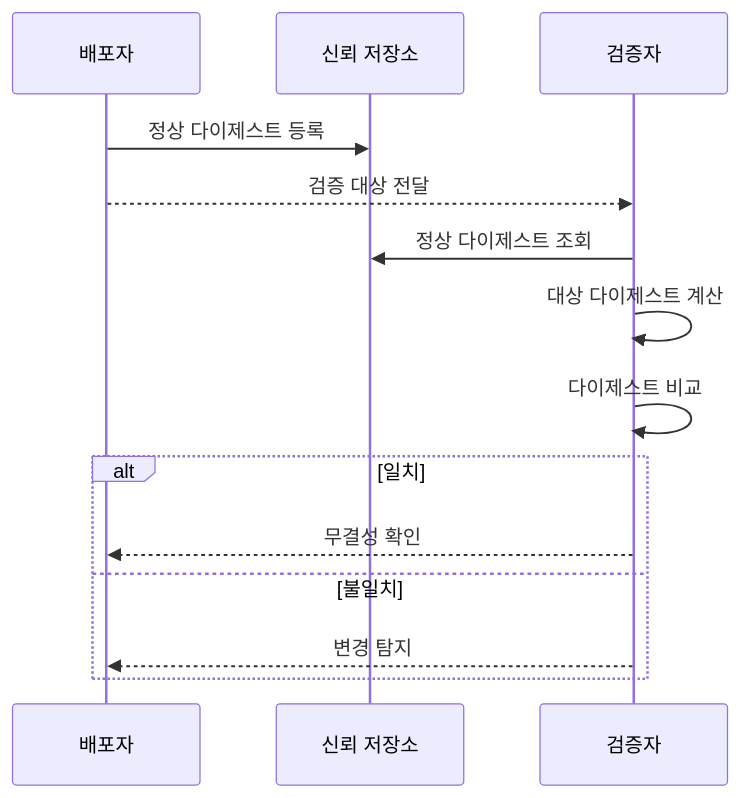
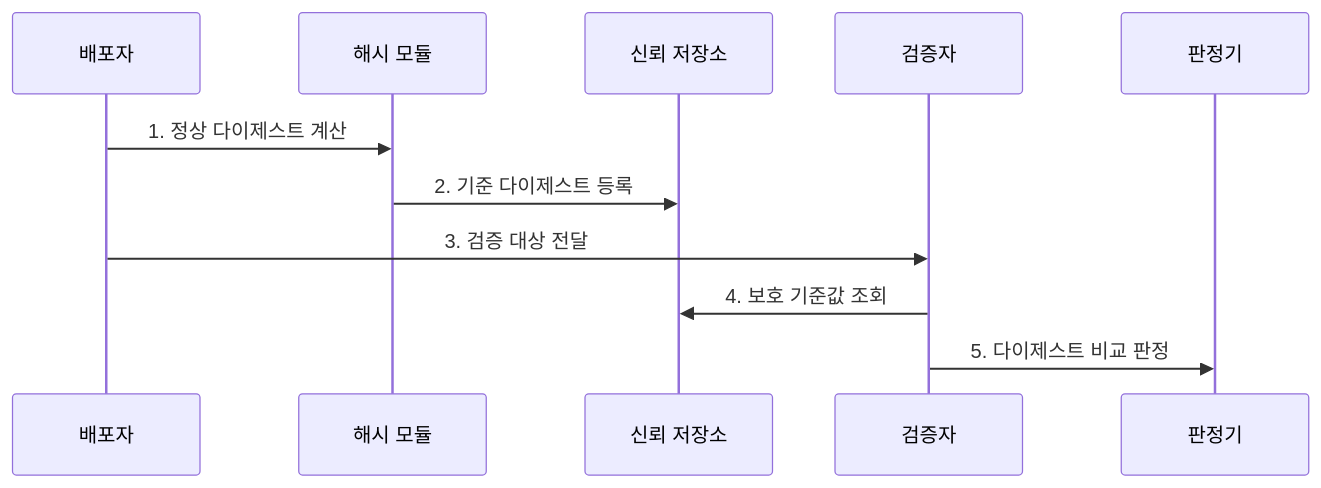
The second of 2 diagrams in src/content/docs/notes/05-security/004_hash_algorithm.md (agnusdei1207/knowledge-base), drawn with Mermaid before and after one commit. The commit also changed other lines of this file and 22 other files, not shown here.

````diff
--- a/src/content/docs/notes/05-security/004_hash_algorithm.md
+++ b/src/content/docs/notes/05-security/004_hash_algorithm.md
@@ -90,16 +87,13 @@
 ```mermaid
 sequenceDiagram
     participant P as 배포자
+    participant H as 해시 모듈
     participant R as 신뢰 저장소
     participant V as 검증자
-    P->>R: 정상 다이제스트 등록
-    P-->>V: 검증 대상 전달
-    V->>R: 정상 다이제스트 조회
-    V->>V: 대상 다이제스트 계산
-    V->>V: 다이제스트 비교
-    alt 일치
-        V-->>P: 무결성 확인
-    else 불일치
-        V-->>P: 변경 탐지
-    end
+    participant D as 판정기
+    P->>H: 1. 정상 다이제스트 계산
+    H->>R: 2. 기준 다이제스트 등록
+    P->>V: 3. 검증 대상 전달
+    V->>R: 4. 보호 기준값 조회
+    V->>D: 5. 다이제스트 비교 판정
 ```
````
